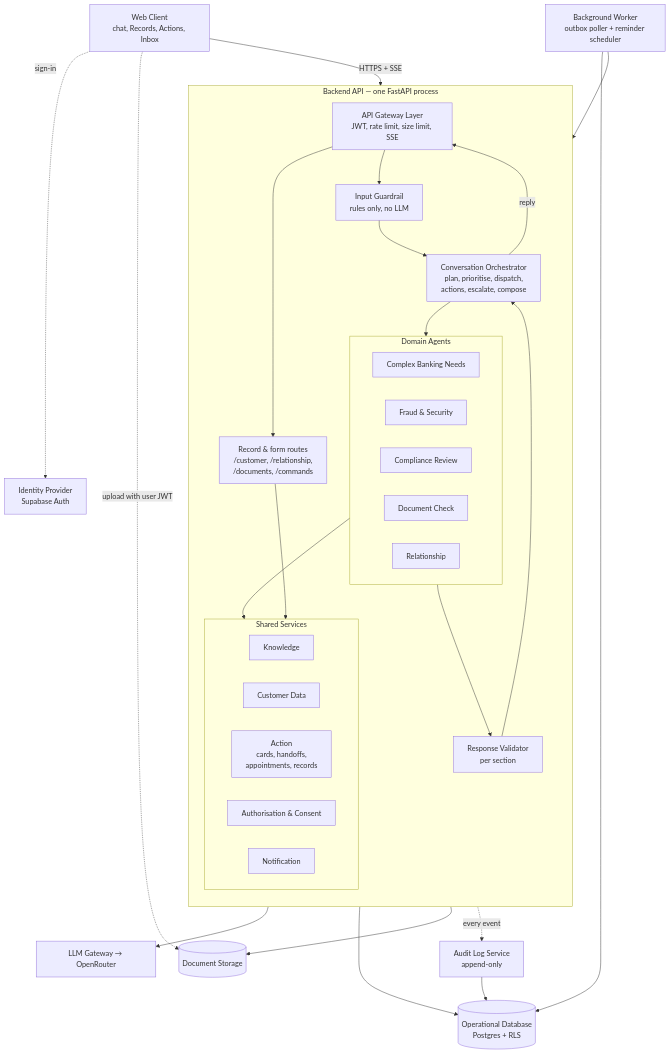
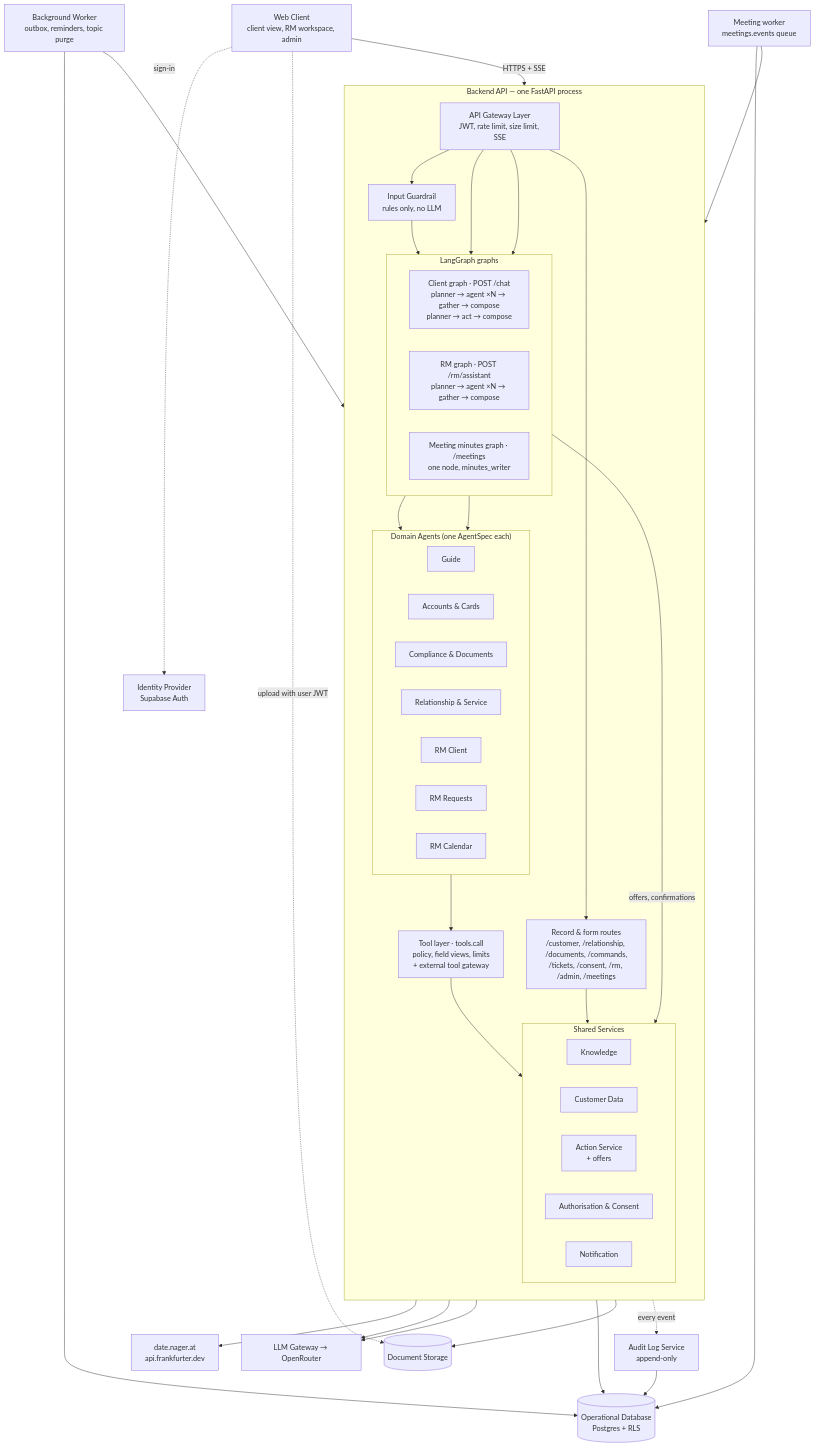
The first of 4 diagrams in docs/architecture.md (deniseLie/IS4000_Group7), drawn with Mermaid before and after one commit. The commit also changed other lines of this file and 12 other files, not shown here.

First line of the commit message:
Docs: architecture diagram and documentation brought up to the built system

````diff
--- a/docs/architecture.md
+++ b/docs/architecture.md
@@ -59,50 +60,67 @@
 ```mermaid
 flowchart TB
-  WEB["Web Client<br/>chat, Records, Actions, Inbox"]
+  WEB["Web Client<br/>client view, RM workspace, admin"]
   IDP["Identity Provider<br/>Supabase Auth"]
-  WORKER["Background Worker<br/>outbox poller + reminder scheduler"]
+  WORKER["Background Worker<br/>outbox, reminders, topic purge"]
+  MWORKER["Meeting worker<br/>meetings.events queue"]
 
   subgraph API["Backend API — one FastAPI process"]
     direction TB
     GW["API Gateway Layer<br/>JWT, rate limit, size limit, SSE"]
     IG["Input Guardrail<br/>rules only, no LLM"]
-    ORC["Conversation Orchestrator<br/>plan, prioritise, dispatch,<br/>actions, escalate, compose"]
-    subgraph AGENTS["Domain Agents"]
+    subgraph GRAPHS["LangGraph graphs"]
       direction LR
-      A1["Complex Banking Needs"]
-      A2["Fraud & Security"]
-      A3["Compliance Review"]
-      A4["Document Check"]
-      A5["Relationship"]
+      CG["Client graph · POST /chat<br/>planner → agent ×N → gather → compose<br/>planner → act → compose"]
+      RG["RM graph · POST /rm/assistant<br/>planner → agent ×N → gather → compose"]
+      MG["Meeting minutes graph · /meetings<br/>one node, minutes_writer"]
     end
+    subgraph AGENTS["Domain Agents (one AgentSpec each)"]
+      direction LR
+      A1["Guide"]
+      A2["Accounts & Cards"]
+      A3["Compliance & Documents"]
+      A4["Relationship & Service"]
+      R1["RM Client"]
+      R2["RM Requests"]
+      R3["RM Calendar"]
+    end
+    TOOLS["Tool layer · tools.call<br/>policy, field views, limits<br/>+ external tool gateway"]
     subgraph SVC["Shared Services"]
       direction LR
       S1["Knowledge"]
       S2["Customer Data"]
-      S3["Action<br/>cards, handoffs,<br/>appointments, records"]
+      S3["Action Service<br/>+ offers"]
       S4["Authorisation & Consent"]
       S5["Notification"]
     end
-    VAL["Response Validator<br/>per section"]
-    REST["Record & form routes<br/>/customer, /relationship,<br/>/documents, /commands"]
+    REST["Record & form routes<br/>/customer, /relationship, /documents, /commands,<br/>/tickets, /consent, /rm, /admin, /meetings"]
   end
 
   LLM["LLM Gateway → OpenRouter"]
+  EXT["date.nager.at<br/>api.frankfurter.dev"]
   AUDIT["Audit Log Service<br/>append-only"]
   DB[("Operational Database<br/>Postgres + RLS")]
   STORE[("Document Storage")]
 
   WEB -->|HTTPS + SSE| GW
   WEB -.->|sign-in| IDP
   WEB -.->|upload with user JWT| STORE
-  GW --> IG --> ORC --> AGENTS --> SVC
-  AGENTS --> VAL --> ORC
-  ORC -->|reply| GW
+  GW --> IG --> CG
+  GW --> RG
+  GW --> MG
+  CG --> AGENTS
+  RG --> AGENTS
+  AGENTS --> TOOLS --> SVC
+  TOOLS --> EXT
+  CG -->|offers, confirmations| S3
+  GRAPHS --> LLM
+  AGENTS --> LLM
   GW --> REST --> SVC
-  AGENTS --> LLM
   SVC --> DB
   SVC --> STORE
   WORKER --> DB
   WORKER --> S5
+  MWORKER --> MG
+  MWORKER --> DB
   API -.->|every event| AUDIT --> DB
 ```
````
